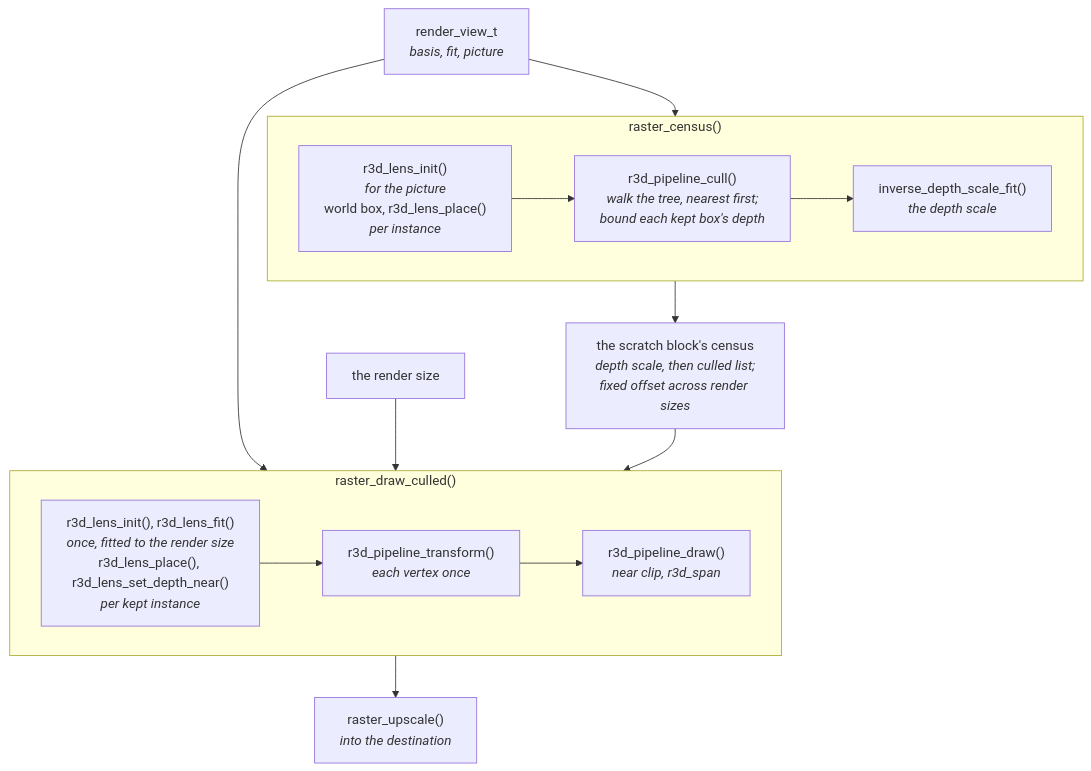
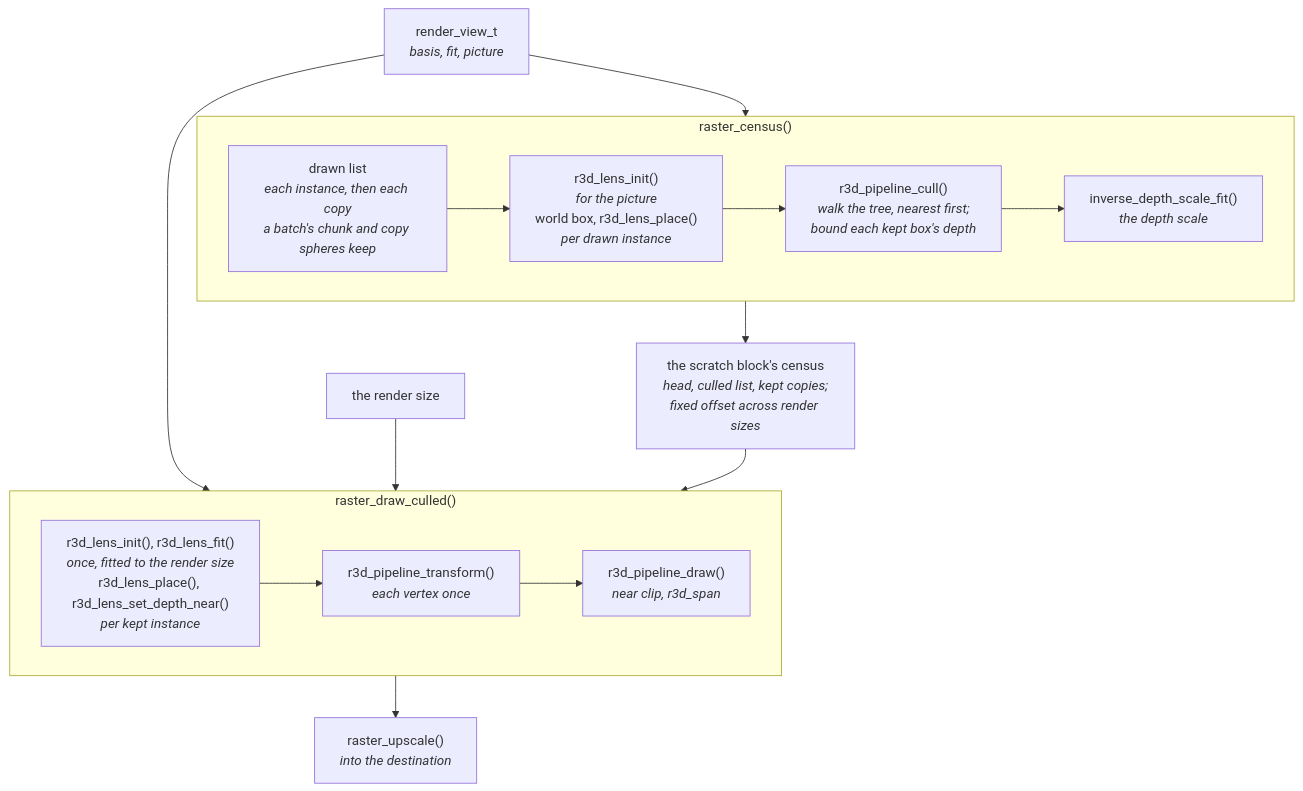
Before and after one commit to jose-villegas/autana: the first of 2 diagrams in docs/render/Mesh-Rendering.md, drawn with Mermaid. The commit also changed other lines of this file and 38 other files, not shown here.

First line of the commit message:
render: SCNE v6 batches, one renderer draws a shape's copies from packed rows (M1) (#1486)

````diff
--- a/docs/render/Mesh-Rendering.md
+++ b/docs/render/Mesh-Rendering.md
@@ -106,20 +107,21 @@
 ```mermaid
 flowchart TB
     View["render_view_t<br/><i>basis, fit, picture</i>"] --> Census
     subgraph Census["raster_census()"]
         direction LR
-        Picture["r3d_lens_init()<br/><i>for the picture</i><br/>world box, r3d_lens_place()<br/><i>per instance</i>"] --> Cull
+        Expand["drawn list<br/><i>each instance, then each copy<br/>a batch's chunk and copy spheres keep</i>"] --> Picture
+        Picture["r3d_lens_init()<br/><i>for the picture</i><br/>world box, r3d_lens_place()<br/><i>per drawn instance</i>"] --> Cull
         Cull["r3d_pipeline_cull()<br/><i>walk the tree, nearest first;<br/>bound each kept box's depth</i>"] --> Scale
         Scale["inverse_depth_scale_fit()<br/><i>the depth scale</i>"]
     end
-    Census --> List["the scratch block's census<br/><i>depth scale, then culled list;<br/>fixed offset across render sizes</i>"]
+    Census --> List["the scratch block's census<br/><i>head, culled list, kept copies;<br/>fixed offset across render sizes</i>"]
     View --> Draw
     Size["the render size"] --> Draw
     List --> Draw
     subgraph Draw["raster_draw_culled()"]
         direction LR
         Fit["r3d_lens_init(), r3d_lens_fit()<br/><i>once, fitted to the render size</i><br/>r3d_lens_place(), r3d_lens_set_depth_near()<br/><i>per kept instance</i>"] --> Transform["r3d_pipeline_transform()<br/><i>each vertex once</i>"]
         Transform --> DrawStage["r3d_pipeline_draw()<br/><i>near clip, r3d_span</i>"]
     end
     Draw --> Upscale["raster_upscale()<br/><i>into the destination</i>"]
 ```
````
